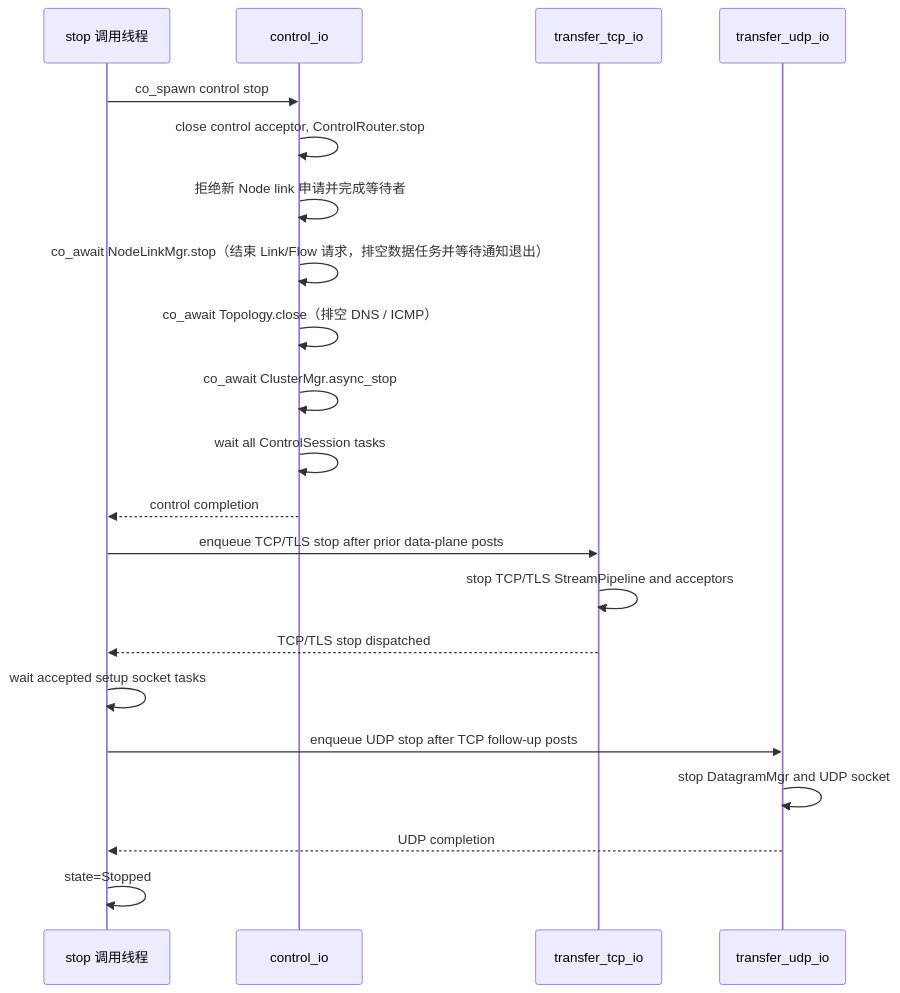
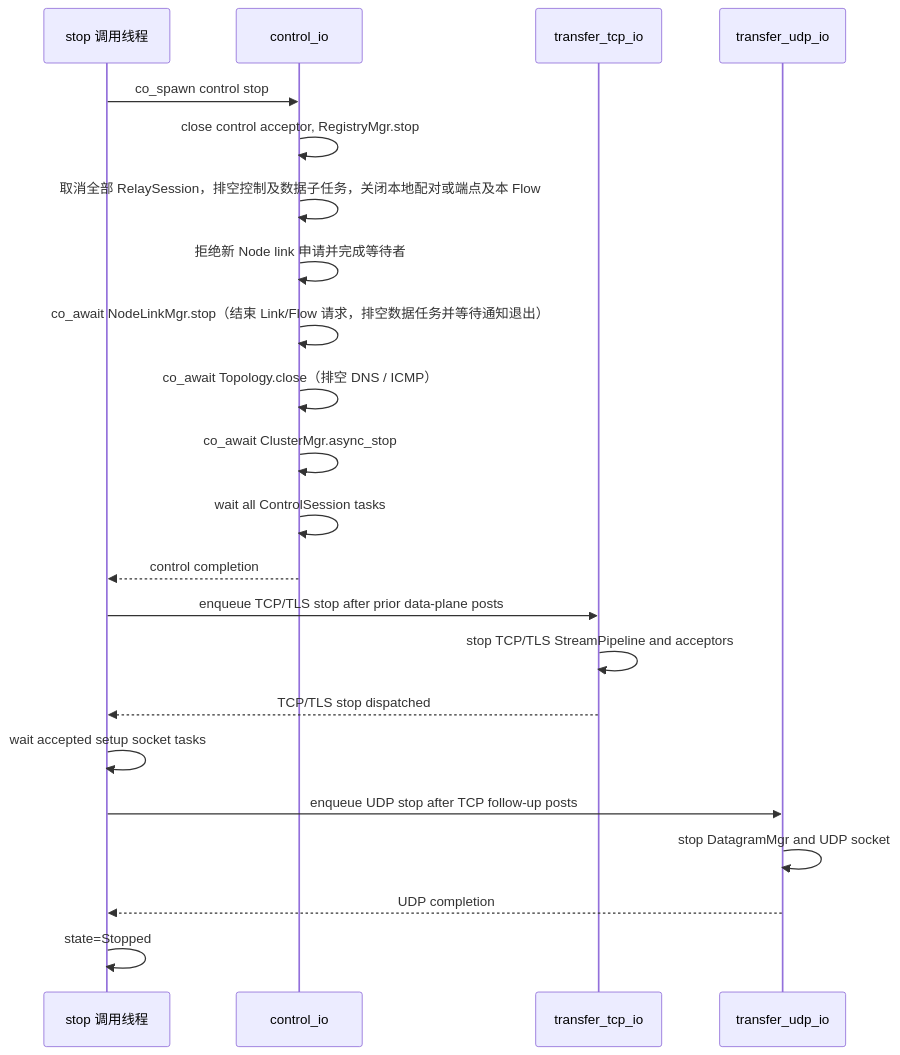
One commit to Xtinc/relayweave changed diagram 11 of 12 in docs/RelayWeave设计.md. Above: the diagram before and after it, drawn with Mermaid. The commit also changed other lines of this file and 54 other files, not shown here.

````diff
--- a/docs/RelayWeave设计.md
+++ b/docs/RelayWeave设计.md
@@ -1631,24 +1436,25 @@
 ```mermaid
 sequenceDiagram
     participant X as stop 调用线程
     participant C as control_io
     participant T as transfer_tcp_io
     participant U as transfer_udp_io
 
     X->>C: co_spawn control stop
-    C->>C: close control acceptor, ControlRouter.stop
+    C->>C: close control acceptor, RegistryMgr.stop
+    C->>C: 取消全部 RelaySession，排空控制及数据子任务，关闭本地配对或端点及本 Flow
     C->>C: 拒绝新 Node link 申请并完成等待者
     C->>C: co_await NodeLinkMgr.stop（结束 Link/Flow 请求，排空数据任务并等待通知退出）
     C->>C: co_await Topology.close（排空 DNS / ICMP）
     C->>C: co_await ClusterMgr.async_stop
     C->>C: wait all ControlSession tasks
     C-->>X: control completion
     X->>T: enqueue TCP/TLS stop after prior data-plane posts
     T->>T: stop TCP/TLS StreamPipeline and acceptors
     T-->>X: TCP/TLS stop dispatched
     X->>X: wait accepted setup socket tasks
     X->>U: enqueue UDP stop after TCP follow-up posts
     U->>U: stop DatagramMgr and UDP socket
     U-->>X: UDP completion
     X->>X: state=Stopped
 ```
````
